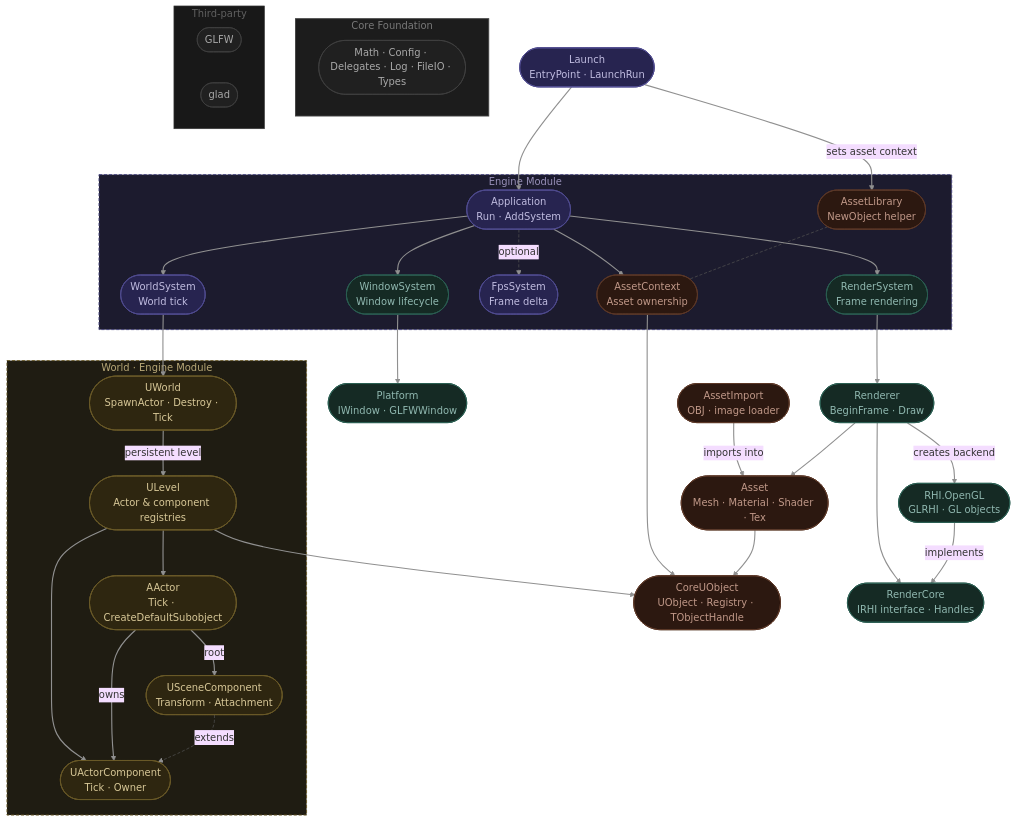
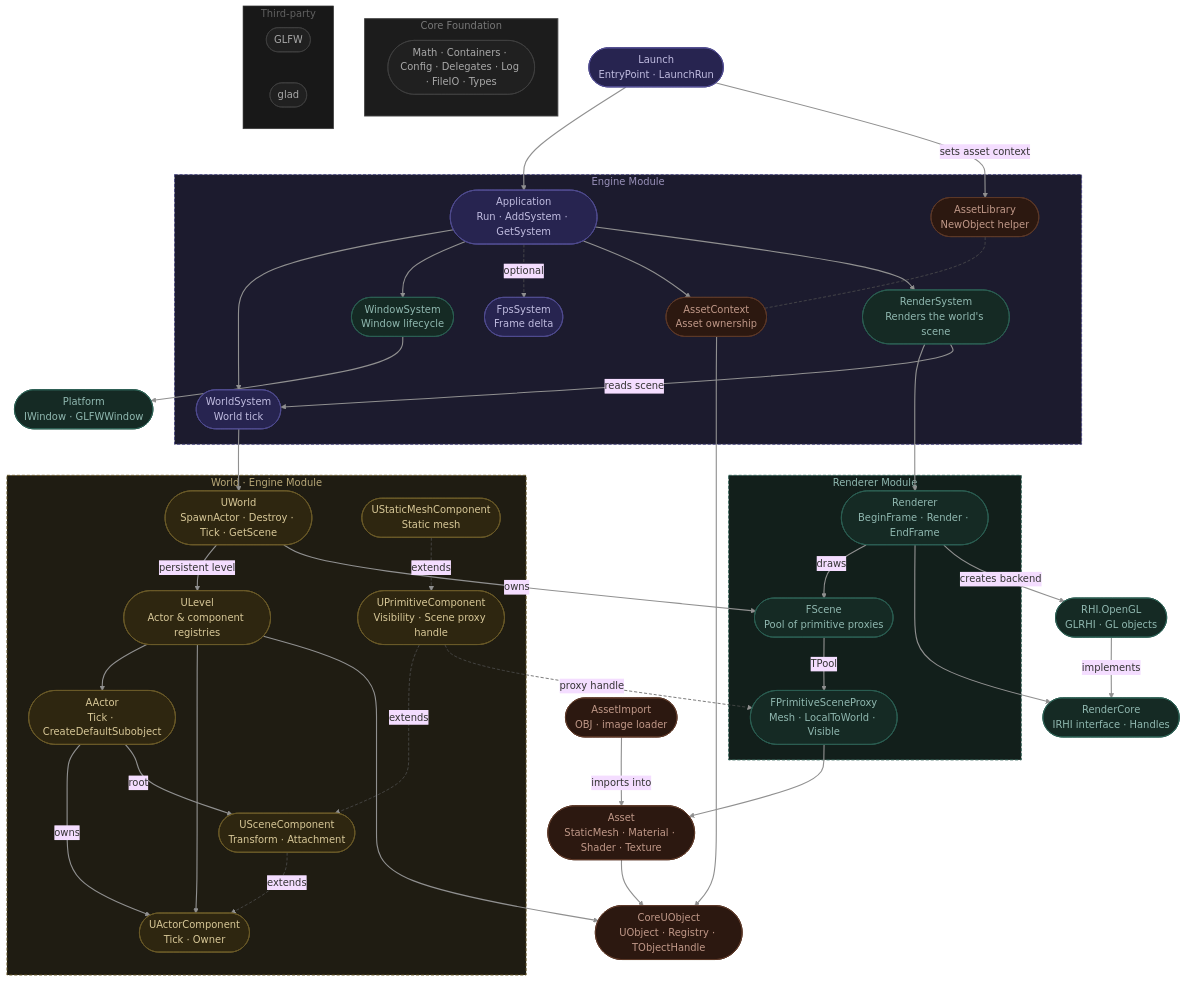
One commit to ShotaKhakhishvili/KIU_ClubEngine changed the diagram in README.md. Above: the diagram before and after it, drawn with Mermaid (base theme). The commit also changed other lines of this file, not shown here.

````diff
--- a/README.md
+++ b/README.md
@@ -11,34 +11,40 @@
     Launch(["Launch<br/>EntryPoint · LaunchRun"])
 
     subgraph EngineModule["  Engine Module  "]
-        Application(["Application<br/>Run · AddSystem"])
+        Application(["Application<br/>Run · AddSystem · GetSystem"])
         AssetLibrary(["AssetLibrary<br/>NewObject helper"])
         WorldSystem(["WorldSystem<br/>World tick"])
         WindowSystem(["WindowSystem<br/>Window lifecycle"])
         FpsSystem(["FpsSystem<br/>Frame delta"])
         AssetContext(["AssetContext<br/>Asset ownership"])
-        RenderSystem(["RenderSystem<br/>Frame rendering"])
-
+        RenderSystem(["RenderSystem<br/>Renders the world's scene"])
     end
 
     subgraph WorldLayer["  World · Engine Module  "]
-        UWorld(["UWorld<br/>SpawnActor · Destroy · Tick"])
+        UWorld(["UWorld<br/>SpawnActor · Destroy · Tick · GetScene"])
         ULevel(["ULevel<br/>Actor & component registries"])
         AActor(["AActor<br/>Tick · CreateDefaultSubobject"])
         UActorComponent(["UActorComponent<br/>Tick · Owner"])
         USceneComponent(["USceneComponent<br/>Transform · Attachment"])
+        UPrimitiveComponent(["UPrimitiveComponent<br/>Visibility · Scene proxy handle"])
+        UStaticMeshComponent(["UStaticMeshComponent<br/>Static mesh"])
+    end
+
+    subgraph RendererModule["  Renderer Module  "]
+        Renderer(["Renderer<br/>BeginFrame · Render · EndFrame"])
+        FScene(["FScene<br/>Pool of primitive proxies"])
+        FPrimitiveSceneProxy(["FPrimitiveSceneProxy<br/>Mesh · LocalToWorld · Visible"])
     end
 
     CoreUObject(["CoreUObject<br/>UObject · Registry · TObjectHandle"])
-    Renderer(["Renderer<br/>BeginFrame · Draw"])
     Platform(["Platform<br/>IWindow · GLFWWindow"])
-    Asset(["Asset<br/>Mesh · Material · Shader · Tex"])
+    Asset(["Asset<br/>StaticMesh · Material · Shader · Texture"])
     AssetImport(["AssetImport<br/>OBJ · image loader"])
     RenderCore(["RenderCore<br/>IRHI interface · Handles"])
     RHI_OpenGL(["RHI.OpenGL<br/>GLRHI · GL objects"])
 
     subgraph CoreFoundation["  Core Foundation  "]
-        Core(["Math · Config · Delegates · Log · FileIO · Types"])
+        Core(["Math · Containers · Config · Delegates · Log · FileIO · Types"])
     end
 
     subgraph ThirdParty["  Third-party  "]
@@ -58,29 +64,38 @@
 
     WindowSystem --> Platform
     RenderSystem --> Renderer
+    RenderSystem -->|reads scene| WorldSystem
     WorldSystem --> UWorld
 
     UWorld -->|persistent level| ULevel
+    UWorld -->|owns| FScene
     ULevel --> AActor
     ULevel --> UActorComponent
     AActor -->|owns| UActorComponent
     AActor -->|root| USceneComponent
     USceneComponent -.->|extends| UActorComponent
+    UPrimitiveComponent -.->|extends| USceneComponent
+    UStaticMeshComponent -.->|extends| UPrimitiveComponent
+    UPrimitiveComponent -.->|proxy handle| FPrimitiveSceneProxy
+
+    FScene -->|TPool| FPrimitiveSceneProxy
+    Renderer -->|draws| FScene
+    FPrimitiveSceneProxy --> Asset
 
     ULevel --> CoreUObject
     AssetContext --> CoreUObject
     Asset --> CoreUObject
     AssetImport -->|imports into| Asset
-    Renderer --> Asset
     Renderer --> RenderCore
     Renderer -->|creates backend| RHI_OpenGL
     RHI_OpenGL -->|implements| RenderCore
 
     linkStyle default stroke:#909090,stroke-width:1.8px
-    linkStyle 4,7,16 stroke:#505050,stroke-width:1.2px,stroke-dasharray:5 3
+    linkStyle 4,7,18,19,20,21 stroke:#505050,stroke-width:1.2px,stroke-dasharray:5 3
 
     style EngineModule   fill:#1c1b2e,stroke:#4a4880,stroke-width:1.5px,stroke-dasharray:5 3,color:#9890b8
     style WorldLayer     fill:#1f1c12,stroke:#6a5a28,stroke-width:1.5px,stroke-dasharray:5 3,color:#b8a878
+    style RendererModule fill:#121f1b,stroke:#2c5e52,stroke-width:1.5px,stroke-dasharray:5 3,color:#90b8b0
     style CoreFoundation fill:#1c1c1c,stroke:#424242,stroke-width:1.5px,color:#787878
     style ThirdParty     fill:#181818,stroke:#383838,stroke-width:1px,color:#606060
 
@@ -91,8 +106,8 @@
     classDef foundation    fill:#202020,stroke:#444444,stroke-width:1px,color:#a8a8a8
 
     class Launch,Application,FpsSystem,WorldSystem orchestration
-    class RenderSystem,WindowSystem,Renderer,Platform,RenderCore,RHI_OpenGL runtime
+    class RenderSystem,WindowSystem,Renderer,FScene,FPrimitiveSceneProxy,Platform,RenderCore,RHI_OpenGL runtime
     class AssetContext,AssetLibrary,CoreUObject,Asset,AssetImport asset
-    class UWorld,ULevel,AActor,UActorComponent,USceneComponent world
+    class UWorld,ULevel,AActor,UActorComponent,USceneComponent,UPrimitiveComponent,UStaticMeshComponent world
     class Core,GLFW,glad foundation
 ```
````
